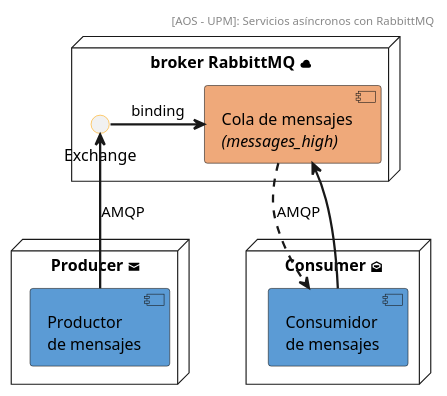
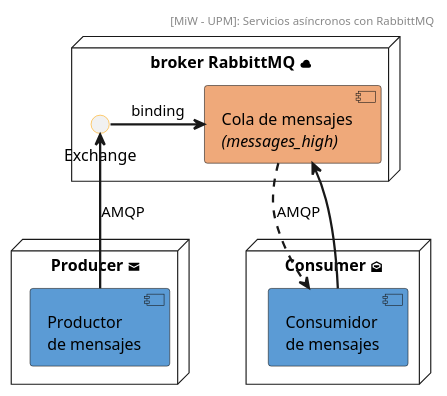
The diagram in DiagramaComponentes.puml (FJavierGil/demoMessenger), drawn with PlantUML before and after one commit. The commit also changed 7 other files, not shown here.

```diff
--- a/DiagramaComponentes.puml
+++ b/DiagramaComponentes.puml
@@ -1,41 +1,41 @@
 @startuml
 skinparam componentStyle uml2
 skinparam sequenceArrowThickness 2
 
 skinparam interface {
   borderColor orange
 }
 
-header [AOS - UPM]: Servicios asíncronos con RabbittMQ
+header [MiW - UPM]: Servicios asíncronos con RabbittMQ
 
 node "Producer <&envelope-closed>" {
   component "Productor\nde mensajes" as producer #5B9BD5
 }
 
 node "Consumer <&envelope-open>" {
   component "Consumidor\nde mensajes" as consumer #5B9BD5
 }
 'note right
 'consume los
 'mensajes
 'bajo demanda
 'end note
 
 node "broker RabbittMQ <&cloud>" {
   component cola #efa97a [
     Cola de mensajes
     //(messages_high)//
   ]
   interface Exchange
 '  note left
 '    high
 '  end note
 
   producer -up-> Exchange: AMQP
   Exchange -right-> cola: binding
 
   cola .down.> consumer: AMQP
   consumer -up-> cola
 }
 
 @enduml
```
